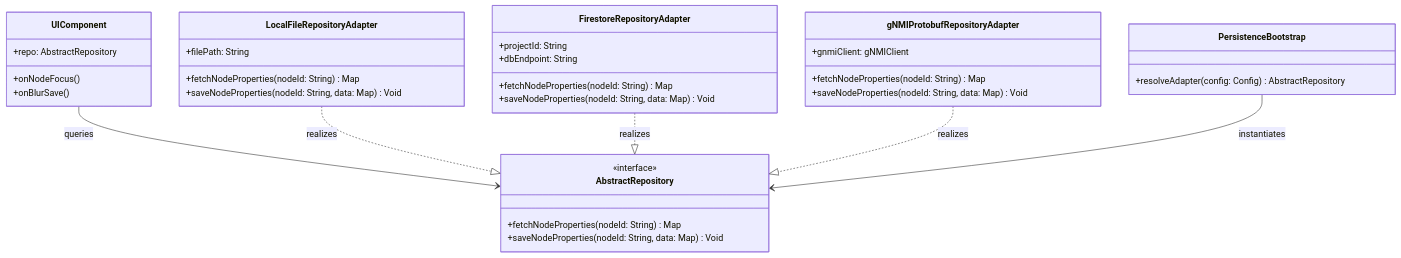
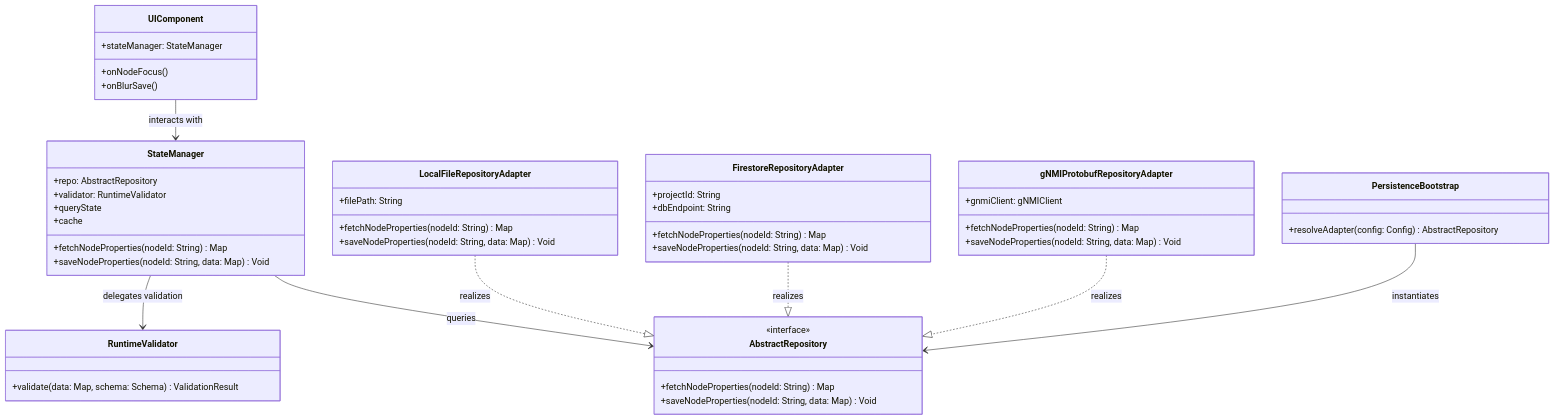
Before and after one commit to gintatkinson/digital-pipeline-repo: the diagram in docs/designs/persistence-architecture-blueprint.md, drawn with Mermaid. The commit also changed other lines of this file, not shown here.

````diff
--- a/docs/designs/persistence-architecture-blueprint.md
+++ b/docs/designs/persistence-architecture-blueprint.md
@@ -26,38 +26,51 @@
 ```mermaid
 classDiagram
     class UIComponent {
-        +repo: AbstractRepository
+        +stateManager: StateManager
         +onNodeFocus()
         +onBlurSave()
+    }
+    class StateManager {
+        +repo: AbstractRepository
+        +validator: RuntimeValidator
+        +queryState
+        +cache
+        +fetchNodeProperties(nodeId: String) Map<String, dynamic>
+        +saveNodeProperties(nodeId: String, data: Map<String, dynamic>) Void
+    }
+    class RuntimeValidator {
+        +validate(data: Map<String, dynamic>, schema: Schema) ValidationResult
     }
     class AbstractRepository {
         <<interface>>
         +fetchNodeProperties(nodeId: String) Map<String, dynamic>
         +saveNodeProperties(nodeId: String, data: Map<String, dynamic>) Void
     }
     class LocalFileRepositoryAdapter {
         +filePath: String
         +fetchNodeProperties(nodeId: String) Map<String, dynamic>
         +saveNodeProperties(nodeId: String, data: Map<String, dynamic>) Void
     }
     class FirestoreRepositoryAdapter {
         +projectId: String
         +dbEndpoint: String
         +fetchNodeProperties(nodeId: String) Map<String, dynamic>
         +saveNodeProperties(nodeId: String, data: Map<String, dynamic>) Void
     }
     class gNMIProtobufRepositoryAdapter {
         +gnmiClient: gNMIClient
         +fetchNodeProperties(nodeId: String) Map<String, dynamic>
         +saveNodeProperties(nodeId: String, data: Map<String, dynamic>) Void
     }
     class PersistenceBootstrap {
         +resolveAdapter(config: Config) AbstractRepository
     }
 
-    UIComponent --> AbstractRepository : queries
+    UIComponent --> StateManager : interacts with
+    StateManager --> RuntimeValidator : delegates validation
+    StateManager --> AbstractRepository : queries
     LocalFileRepositoryAdapter ..|> AbstractRepository : realizes
     FirestoreRepositoryAdapter ..|> AbstractRepository : realizes
     gNMIProtobufRepositoryAdapter ..|> AbstractRepository : realizes
     PersistenceBootstrap --> AbstractRepository : instantiates
 ```
````
